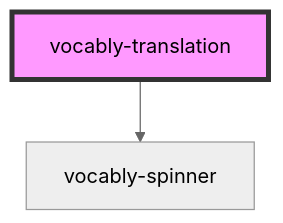
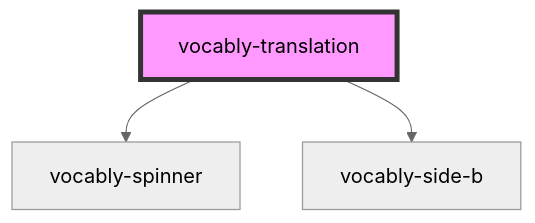
One commit to vocably/vocably-pro changed the diagram in packages/extension-content-ui/src/components/vocably-translation/readme.md. Above: the diagram before and after it, drawn with Mermaid (neutral theme). The commit also changed other lines of this file and 8 other files, not shown here.

````diff
--- a/packages/extension-content-ui/src/components/vocably-translation/readme.md
+++ b/packages/extension-content-ui/src/components/vocably-translation/readme.md
@@ -20,5 +21,6 @@
 ```mermaid
 graph TD;
   vocably-translation --> vocably-spinner
+  vocably-translation --> vocably-side-b
   style vocably-translation fill:#f9f,stroke:#333,stroke-width:4px
 ```
````
